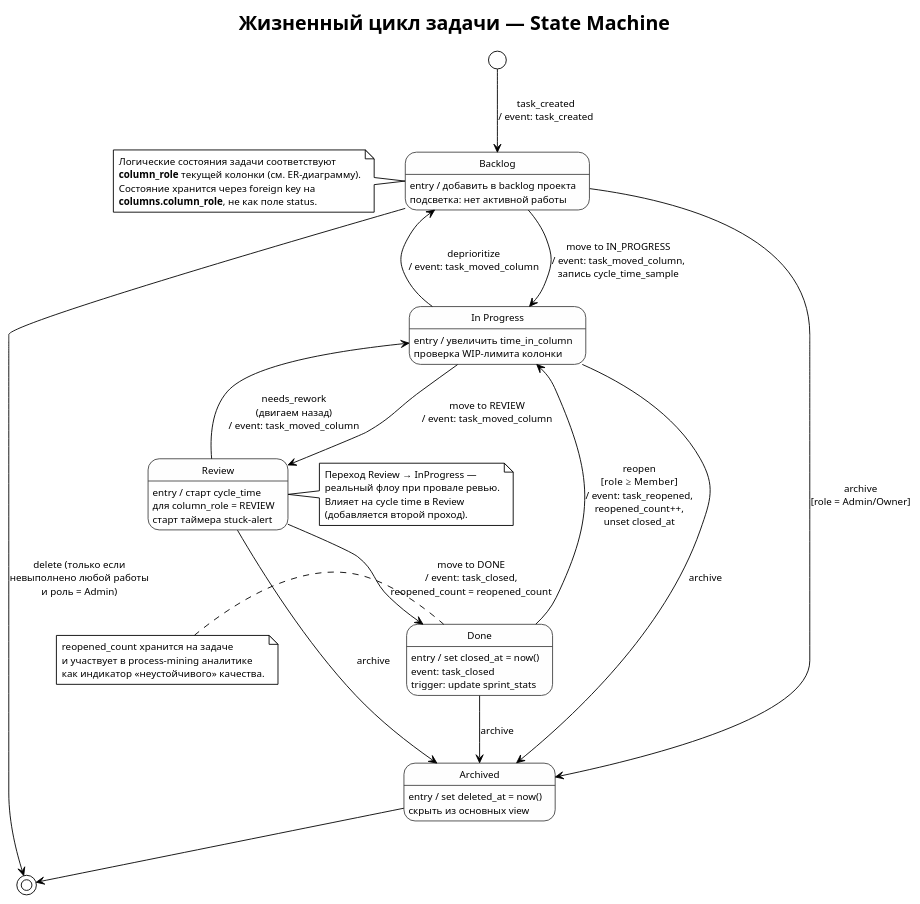
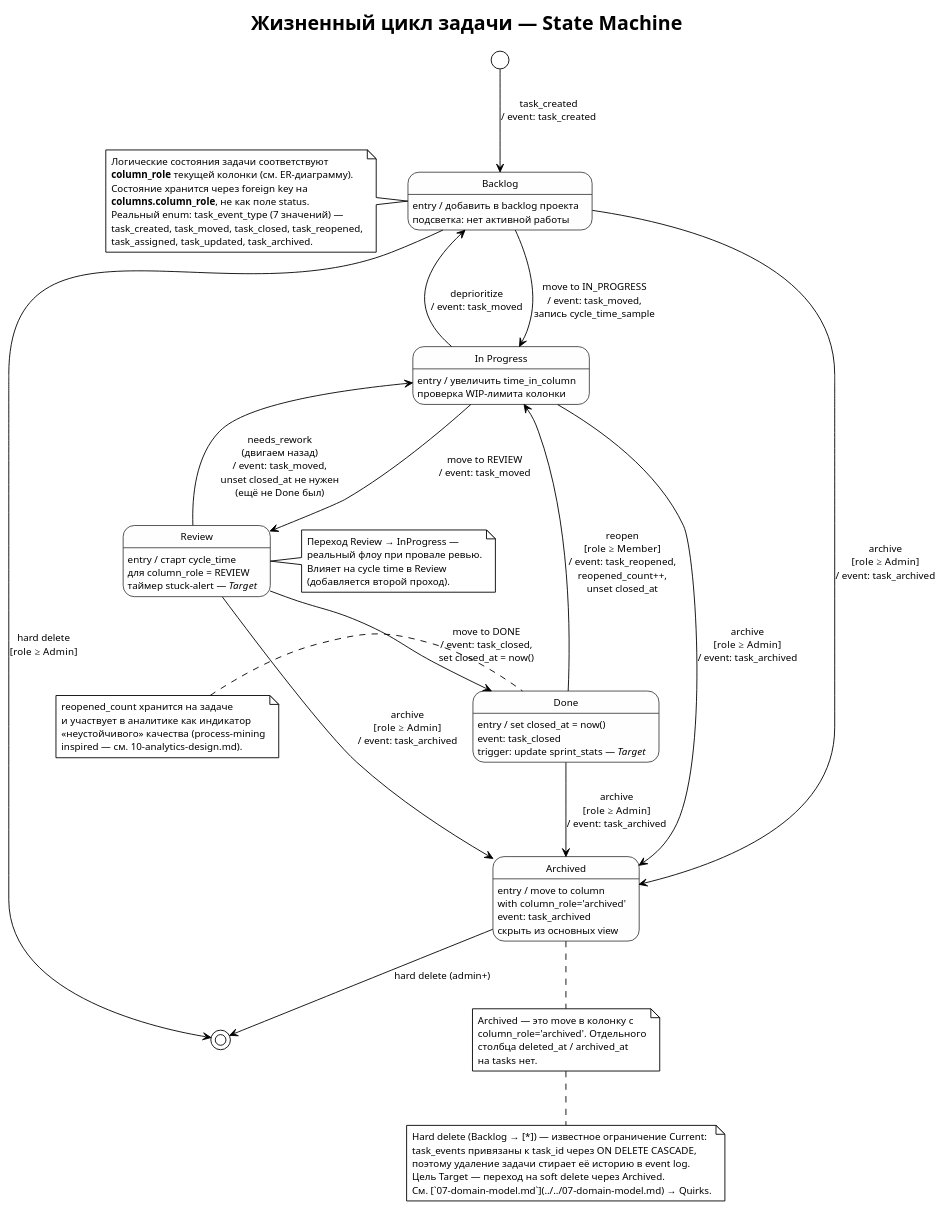
One commit to elClassico-eng/scrumban_app changed the diagram in docs/uml/07-state/task-lifecycle.puml. Above: the diagram before and after it, drawn with PlantUML. The commit also changed 2 other files, not shown here.

```diff
--- a/docs/uml/07-state/task-lifecycle.puml
+++ b/docs/uml/07-state/task-lifecycle.puml
@@ -1,84 +1,108 @@
 @startuml task-lifecycle
 !theme plain
 title Жизненный цикл задачи — State Machine
 
 skinparam defaultFontName Arial
 skinparam defaultFontSize 11
 skinparam state {
   BackgroundColor #FEFEFE
   BorderColor #444444
   FontSize 11
 }
 
 [*] --> Backlog : task_created\n/ event: task_created
 
 note left of Backlog
   Логические состояния задачи соответствуют
   <b>column_role</b> текущей колонки (см. ER-диаграмму).
   Состояние хранится через foreign key на
   <b>columns.column_role</b>, не как поле status.
+  Реальный enum: task_event_type (7 значений) —
+  task_created, task_moved, task_closed, task_reopened,
+  task_assigned, task_updated, task_archived.
 end note
 
 state Backlog {
   Backlog : entry / добавить в backlog проекта
   Backlog : подсветка: нет активной работы
 }
 
 state InProgress as "In Progress" {
   InProgress : entry / увеличить time_in_column
   InProgress : проверка WIP-лимита колонки
 }
 
 state Review {
   Review : entry / старт cycle_time\nдля column_role = REVIEW
-  Review : старт таймера stuck-alert
+  Review : таймер stuck-alert — <i>Target</i>
 }
 
 state Done {
   Done : entry / set closed_at = now()
   Done : event: task_closed
-  Done : trigger: update sprint_stats
+  Done : trigger: update sprint_stats — <i>Target</i>
 }
 
 state Archived {
-  Archived : entry / set deleted_at = now()
+  Archived : entry / move to column\nwith column_role='archived'
+  Archived : event: task_archived
   Archived : скрыть из основных view
 }
 
-Backlog --> InProgress : move to IN_PROGRESS\n/ event: task_moved_column,\nзапись cycle_time_sample
-InProgress --> Review : move to REVIEW\n/ event: task_moved_column
-Review --> Done : move to DONE\n/ event: task_closed,\nreopened_count = reopened_count
+Backlog --> InProgress : move to IN_PROGRESS\n/ event: task_moved,\nзапись cycle_time_sample
+InProgress --> Review : move to REVIEW\n/ event: task_moved
+Review --> Done : move to DONE\n/ event: task_closed,\nset closed_at = now()
 
-Review --> InProgress : needs_rework\n(двигаем назад)\n/ event: task_moved_column
+Review --> InProgress : needs_rework\n(двигаем назад)\n/ event: task_moved,\nunset closed_at не нужен\n(ещё не Done был)
 
 note right of Review
   Переход Review → InProgress —
   реальный флоу при провале ревью.
   Влияет на cycle time в Review
   (добавляется второй проход).
 end note
 
 ' Reopened path
 Done --> InProgress : reopen\n[role ≥ Member]\n/ event: task_reopened,\nreopened_count++,\nunset closed_at
 
 note left of Done
   reopened_count хранится на задаче
-  и участвует в process-mining аналитике
-  как индикатор «неустойчивого» качества.
+  и участвует в аналитике как индикатор
+  «неустойчивого» качества (process-mining
+  inspired — см. 10-analytics-design.md).
 end note
 
 ' Backlog loop (редко, но реален)
-InProgress --> Backlog : deprioritize\n/ event: task_moved_column
+InProgress --> Backlog : deprioritize\n/ event: task_moved
 
-' Archive (soft delete) — из любого состояния
-Backlog --> Archived : archive\n[role = Admin/Owner]
-InProgress --> Archived : archive
-Review --> Archived : archive
-Done --> Archived : archive
+' Archive — переход в колонку с column_role='archived' из любого состояния.
+' На задаче НЕТ полей deleted_at / archived_at — состояние выражается
+' через column_role целевой колонки, событие task_archived фиксирует переход.
+Backlog --> Archived : archive\n[role ≥ Admin]\n/ event: task_archived
+InProgress --> Archived : archive\n[role ≥ Admin]\n/ event: task_archived
+Review --> Archived : archive\n[role ≥ Admin]\n/ event: task_archived
+Done --> Archived : archive\n[role ≥ Admin]\n/ event: task_archived
 
-Archived --> [*]
+Archived --> [*] : hard delete (admin+)
 
-' Early deletion from Backlog
-Backlog --> [*] : delete (только если\nневыполнено любой работы\nи роль = Admin)
+note bottom of Archived
+  Archived — это move в колонку с
+  column_role='archived'. Отдельного
+  столбца deleted_at / archived_at
+  на tasks нет.
+end note
+
+' Hard delete from Backlog (admin+). Current не проверяет «нет работы»,
+' это известное ограничение — см. 07-domain-model.md → Quirks
+' (task_events ON DELETE CASCADE стирает историю задачи).
+Backlog --> [*] : hard delete\n[role ≥ Admin]
+
+note bottom
+  Hard delete (Backlog → [*]) — известное ограничение Current:
+  task_events привязаны к task_id через ON DELETE CASCADE,
+  поэтому удаление задачи стирает её историю в event log.
+  Цель Target — переход на soft delete через Archived.
+  См. [`07-domain-model.md`](../../07-domain-model.md) → Quirks.
+end note
 
 @enduml
```
